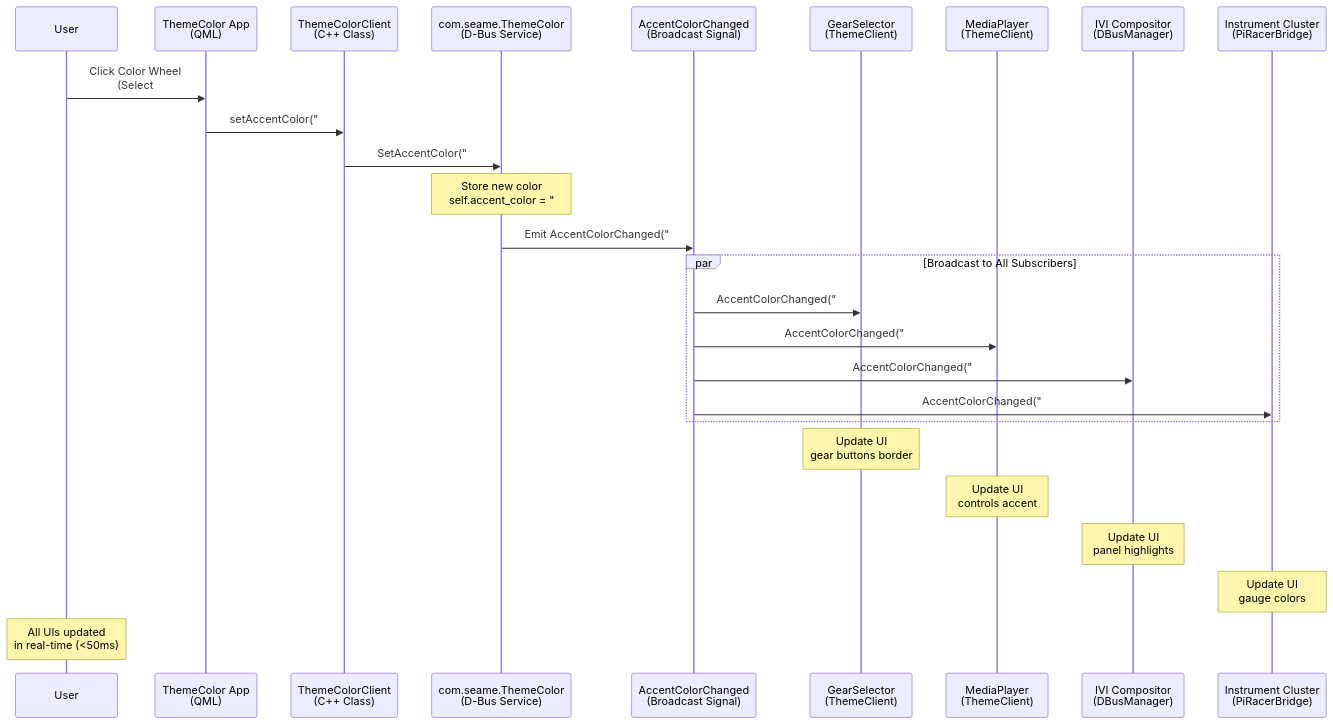
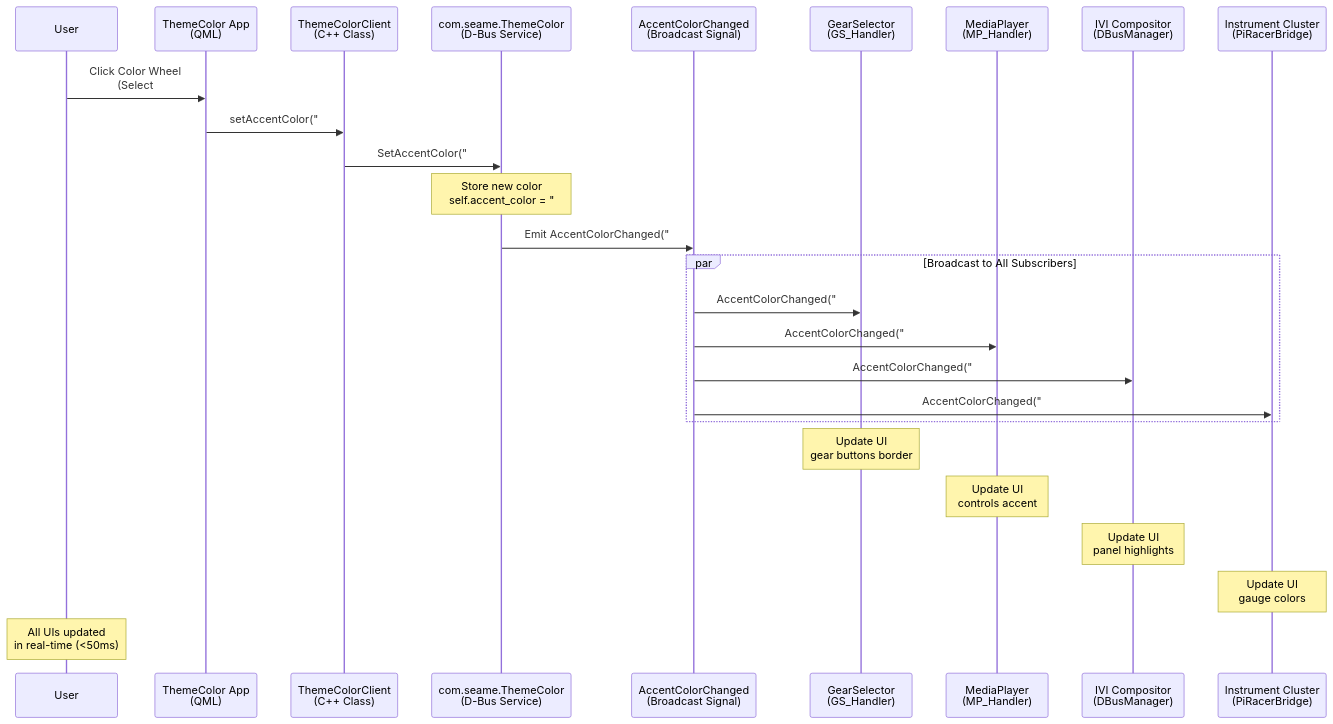
The eighth of 18 diagrams in yocto/readme.md (saicharansathyam/DES_Head-Unit), drawn with Mermaid before and after one commit. The commit also changed other lines of this file, not shown here.

````diff
--- a/yocto/readme.md
+++ b/yocto/readme.md
@@ -485,32 +484,32 @@
 ```mermaid
 sequenceDiagram
     participant User
     participant ThemeColor as ThemeColor App<br/>(QML)
     participant TC_Client as ThemeColorClient<br/>(C++ Class)
     participant DBus as com.seame.ThemeColor<br/>(D-Bus Service)
     participant Signal as AccentColorChanged<br/>(Broadcast Signal)
-    participant GS as GearSelector<br/>(ThemeClient)
-    participant MP as MediaPlayer<br/>(ThemeClient)
+    participant GS as GearSelector<br/>(GS_Handler)
+    participant MP as MediaPlayer<br/>(MP_Handler)
     participant IVI as IVI Compositor<br/>(DBusManager)
     participant IC as Instrument Cluster<br/>(PiRacerBridge)
 
     User->>ThemeColor: Click Color Wheel<br/>(Select #FF5722)
     ThemeColor->>TC_Client: setAccentColor("#FF5722")
     TC_Client->>DBus: SetAccentColor("#FF5722")
     Note over DBus: Store new color<br/>self.accent_color = "#FF5722"
     DBus->>Signal: Emit AccentColorChanged("#FF5722")
 
     par Broadcast to All Subscribers
         Signal->>GS: AccentColorChanged("#FF5722")
         Signal->>MP: AccentColorChanged("#FF5722")
         Signal->>IVI: AccentColorChanged("#FF5722")
         Signal->>IC: AccentColorChanged("#FF5722")
     end
 
     Note over GS: Update UI<br/>gear buttons border
     Note over MP: Update UI<br/>controls accent
     Note over IVI: Update UI<br/>panel highlights
     Note over IC: Update UI<br/>gauge colors
 
     Note over User: All UIs updated<br/>in real-time (<50ms)
 ```
````
